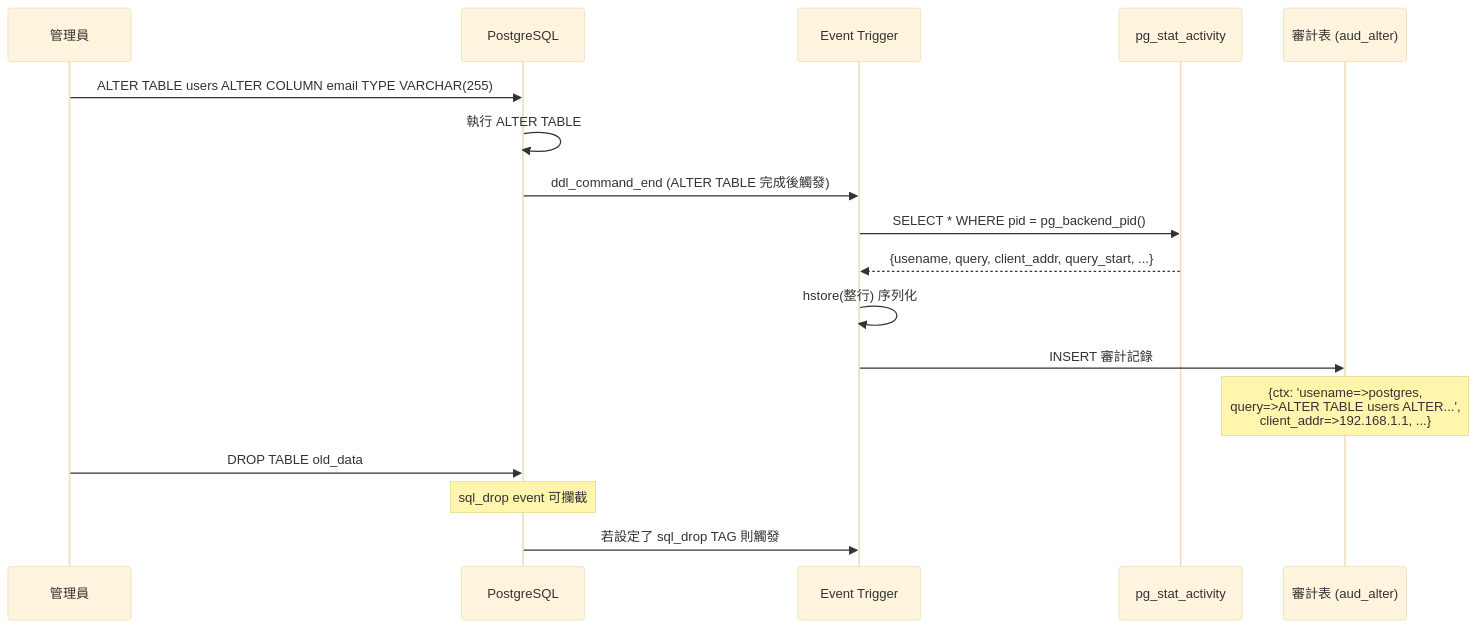
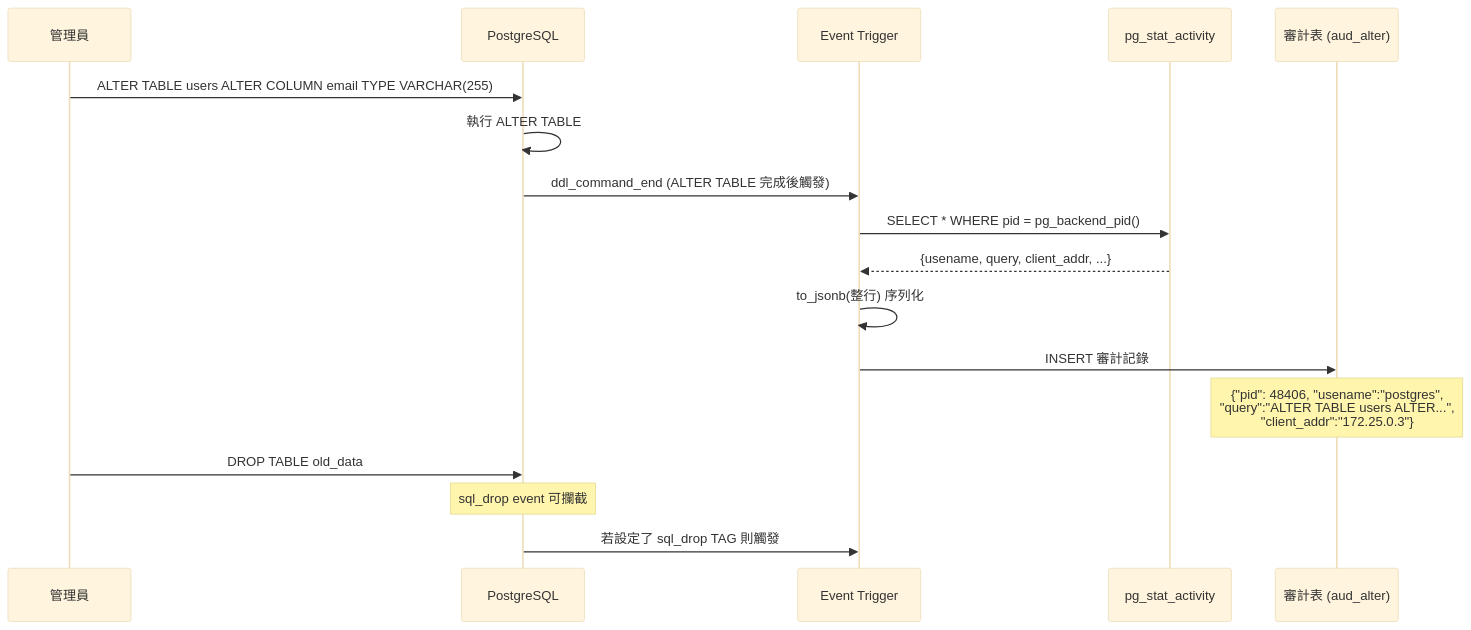
Before and after one commit to henry-tpwong/postgresql_note: diagram 20 of 52 in others/others.md, drawn with Mermaid (base theme). The commit also changed other lines of this file, not shown here.

````diff
--- a/others/others.md
+++ b/others/others.md
@@ -2442,21 +2558,21 @@
 ```mermaid
 sequenceDiagram
     participant DBA as 管理員
     participant PG as PostgreSQL
     participant EventTrigger as Event Trigger
     participant SysTable as pg_stat_activity
     participant AuditTable as 審計表 (aud_alter)
 
     DBA->>PG: ALTER TABLE users ALTER COLUMN email TYPE VARCHAR(255)
     PG->>PG: 執行 ALTER TABLE
     PG->>EventTrigger: ddl_command_end (ALTER TABLE 完成後觸發)
     EventTrigger->>SysTable: SELECT * WHERE pid = pg_backend_pid()
-    SysTable-->>EventTrigger: {usename, query, client_addr, query_start, ...}
-    EventTrigger->>EventTrigger: hstore(整行) 序列化
+    SysTable-->>EventTrigger: {usename, query, client_addr, ...}
+    EventTrigger->>EventTrigger: to_jsonb(整行) 序列化
     EventTrigger->>AuditTable: INSERT 審計記錄
-    Note over AuditTable: {ctx: 'usename=>postgres,<br>query=>ALTER TABLE users ALTER...',<br>client_addr=>192.168.1.1, ...}
+    Note over AuditTable: {"pid": 48406, "usename":"postgres",<br>"query":"ALTER TABLE users ALTER...",<br>"client_addr":"172.25.0.3"}
 
     DBA->>PG: DROP TABLE old_data
-     Note over PG: sql_drop event 可攔截
+    Note over PG: sql_drop event 可攔截
     PG->>EventTrigger: 若設定了 sql_drop TAG 則觸發
 ```
````
